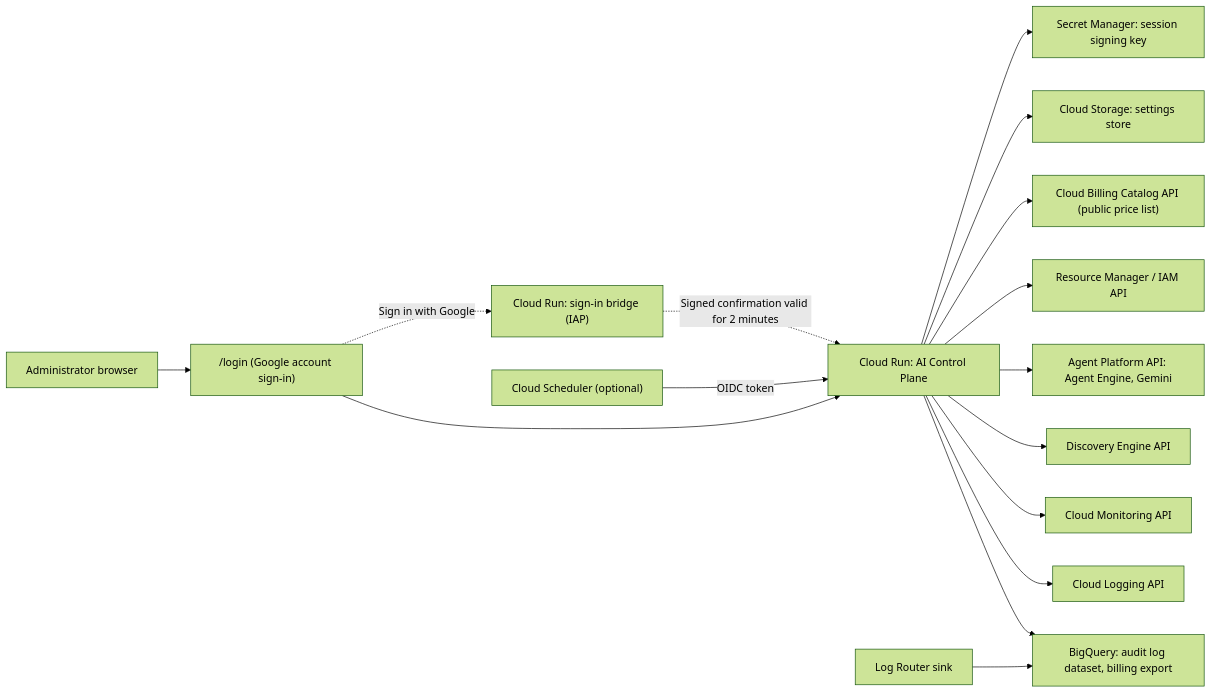
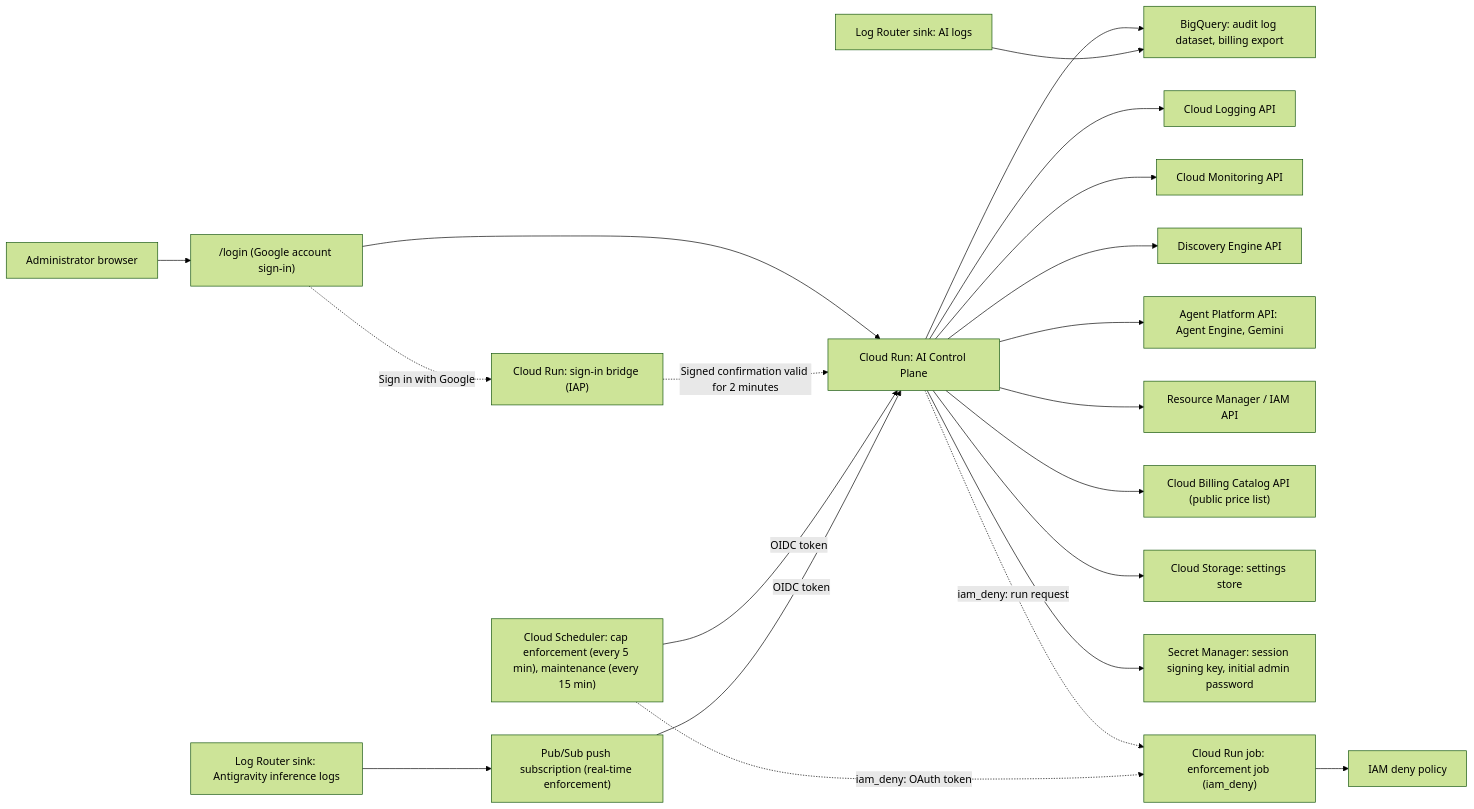
One commit to ldu1225/enterprise-ai-governance-dashboard changed the first of 4 diagrams in README.en.md. Above: the diagram before and after it, drawn with Mermaid (forest theme). The commit also changed other lines of this file and 9 other files, not shown here.

````diff
--- a/README.en.md
+++ b/README.en.md
@@ -80,18 +81,23 @@
 ```mermaid
 flowchart LR
   user["Administrator browser"] --> login["/login (Google account sign-in)"]
   login --> run["Cloud Run: AI Control Plane"]
   bridge["Cloud Run: sign-in bridge (IAP)"] -. "Signed confirmation valid for 2 minutes" .-> run
   login -. "Sign in with Google" .-> bridge
   run --> bq["BigQuery: audit log dataset, billing export"]
   run --> logging["Cloud Logging API"]
   run --> monitoring["Cloud Monitoring API"]
   run --> de["Discovery Engine API"]
   run --> agentplatform["Agent Platform API: Agent Engine, Gemini"]
   run --> rm["Resource Manager / IAM API"]
   run --> catalog["Cloud Billing Catalog API (public price list)"]
   run --> gcs["Cloud Storage: settings store"]
-  run --> sm["Secret Manager: session signing key"]
-  sink["Log Router sink"] --> bq
-  sched["Cloud Scheduler (optional)"] -- "OIDC token" --> run
+  run --> sm["Secret Manager: session signing key, initial admin password"]
+  sink["Log Router sink: AI logs"] --> bq
+  sched["Cloud Scheduler: cap enforcement (every 5 min), maintenance (every 15 min)"] -- "OIDC token" --> run
+  usage["Log Router sink: Antigravity inference logs"] --> pubsub["Pub/Sub push subscription (real-time enforcement)"]
+  pubsub -- "OIDC token" --> run
+  run -. "iam_deny: run request" .-> job["Cloud Run job: enforcement job (iam_deny)"]
+  sched -. "iam_deny: OAuth token" .-> job
+  job --> deny["IAM deny policy"]
 ```
````
